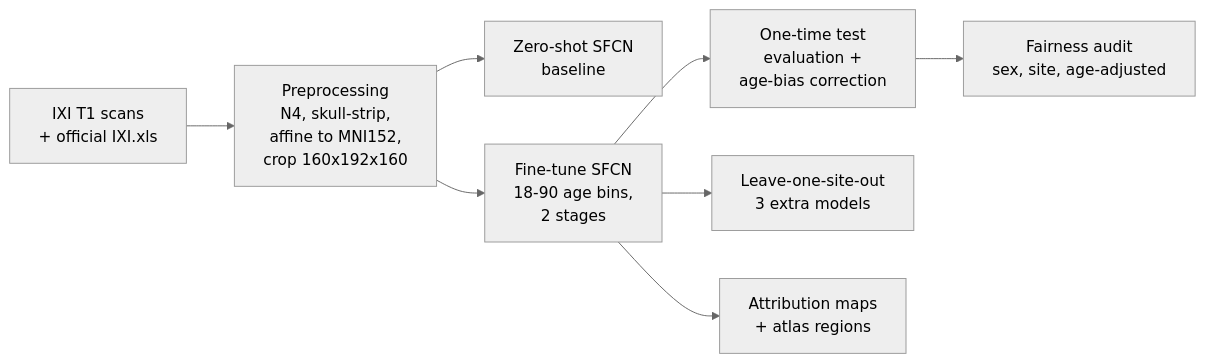
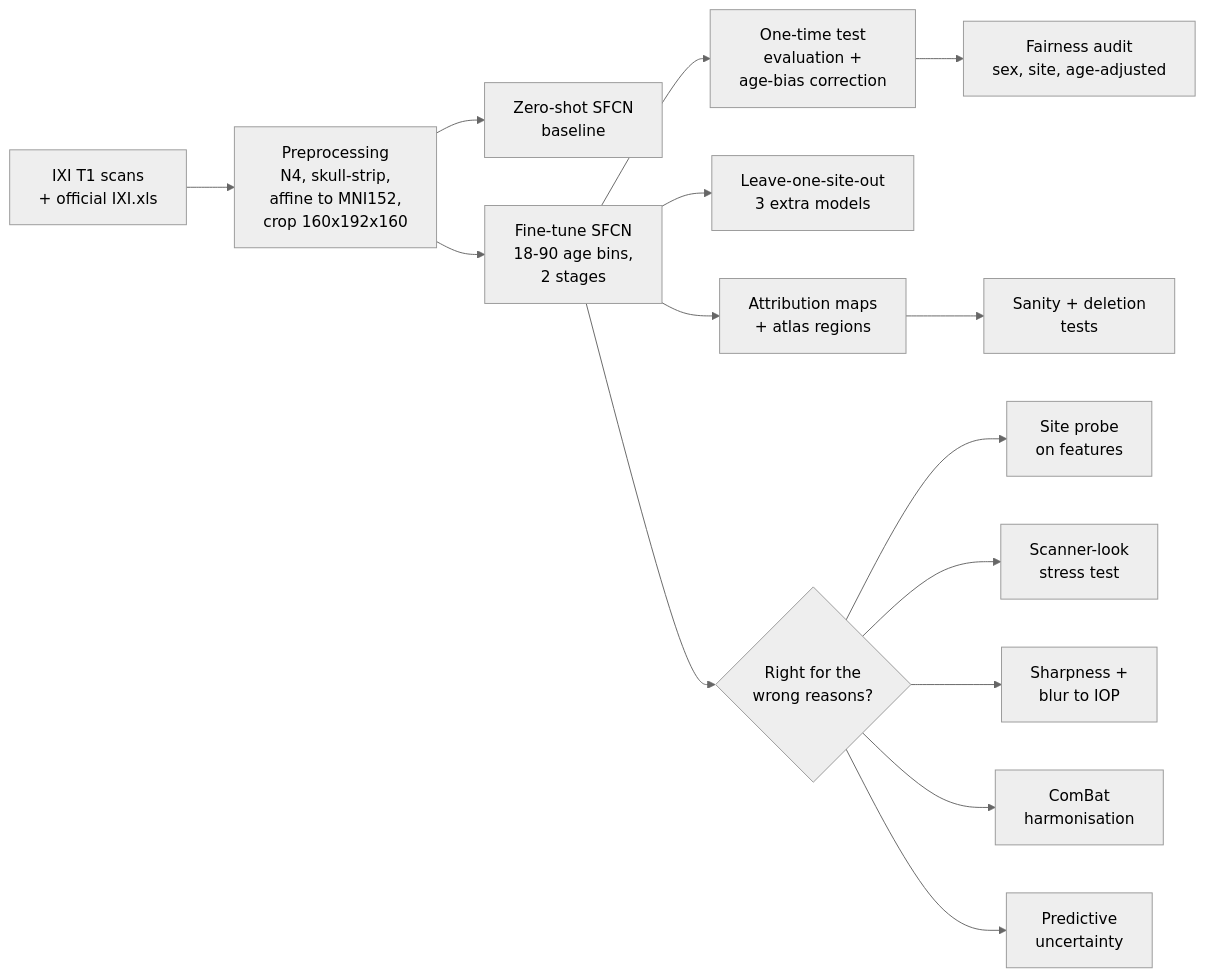
The diagram in README.md (Jaaiwanth/brain-age-fairness-xai), drawn with Mermaid (neutral theme) before and after one commit. The commit also changed other lines of this file and 7 other files, not shown here.

Commit message:
README: animated hero, scanner-look and attribution animations, audit scorecard

````diff
--- a/README.md
+++ b/README.md
@@ -141,10 +171,17 @@
 ```mermaid
 flowchart LR
     A[IXI T1 scans<br/>+ official IXI.xls] --> B[Preprocessing<br/>N4, skull-strip,<br/>affine to MNI152,<br/>crop 160x192x160]
     B --> C[Zero-shot SFCN<br/>baseline]
     B --> D[Fine-tune SFCN<br/>18-90 age bins,<br/>2 stages]
     D --> E[One-time test<br/>evaluation +<br/>age-bias correction]
     E --> F[Fairness audit<br/>sex, site, age-adjusted]
     D --> G[Leave-one-site-out<br/>3 extra models]
     D --> H[Attribution maps<br/>+ atlas regions]
+    H --> H2[Sanity + deletion<br/>tests]
+    D --> I{Right for the<br/>wrong reasons?}
+    I --> I1[Site probe<br/>on features]
+    I --> I2[Scanner-look<br/>stress test]
+    I --> I3[Sharpness +<br/>blur to IOP]
+    I --> I4[ComBat<br/>harmonisation]
+    I --> I5[Predictive<br/>uncertainty]
 ```
````
